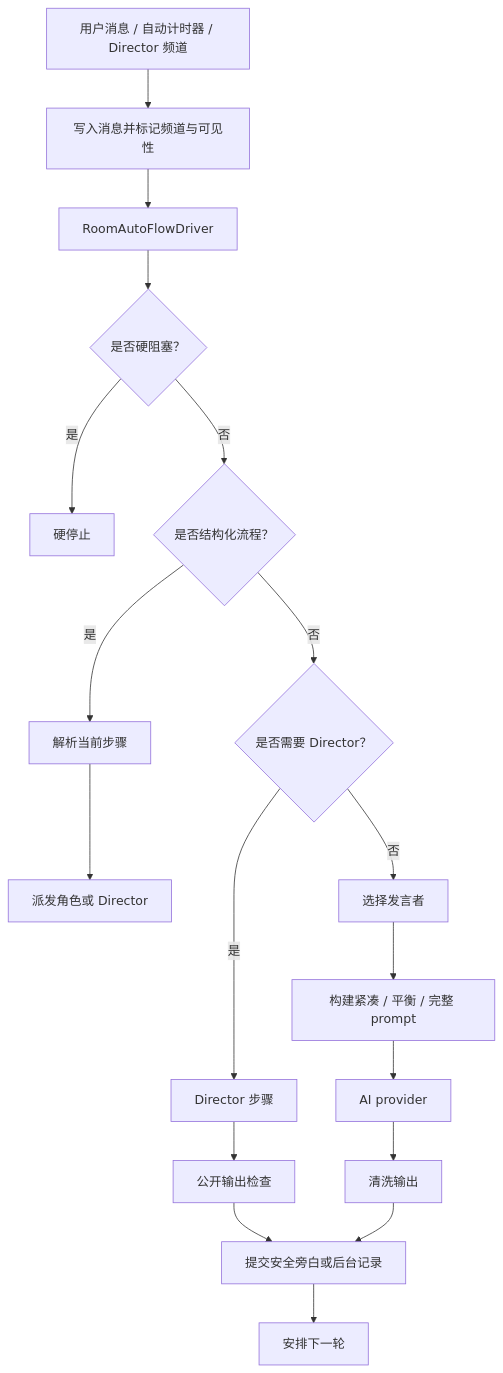
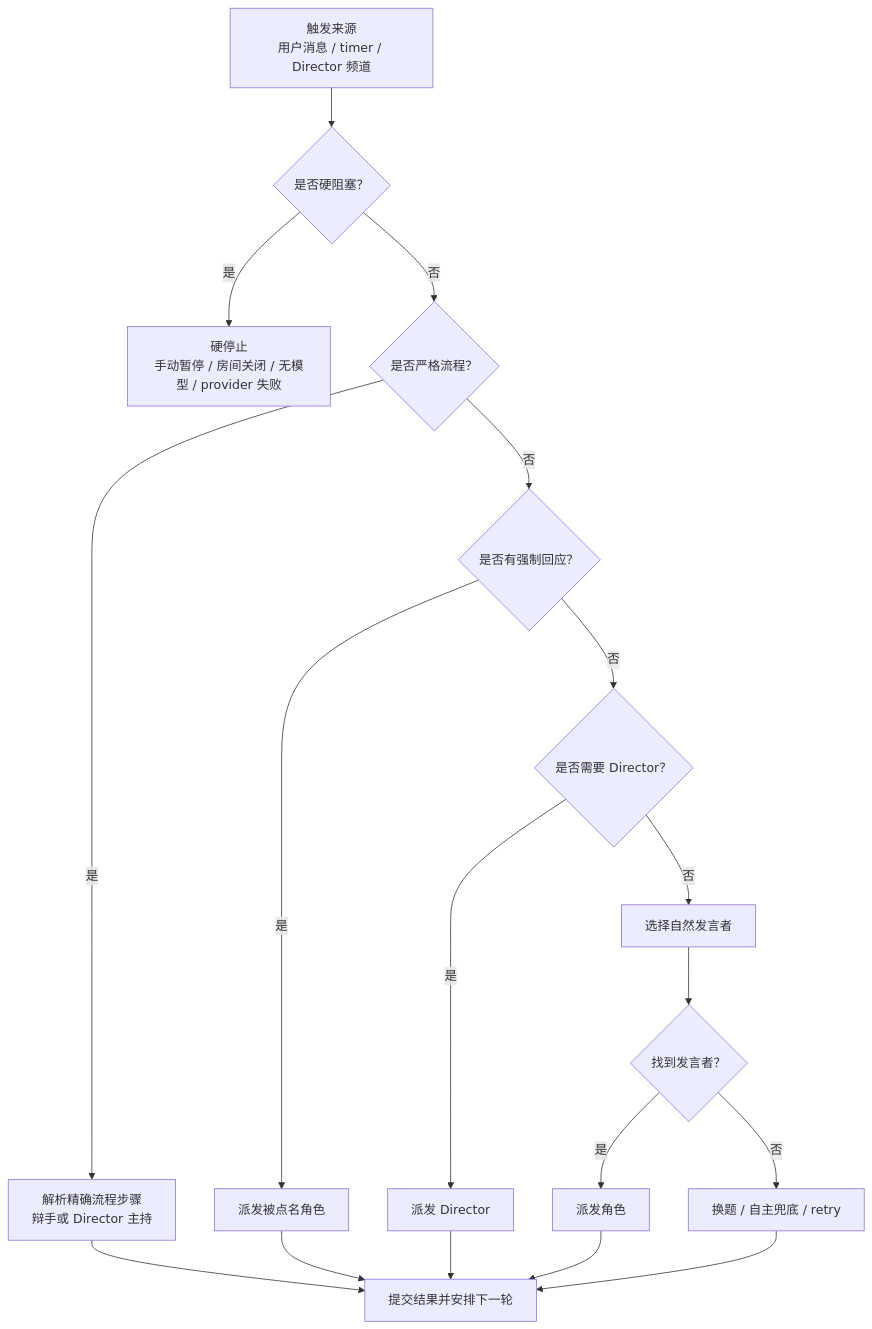
The third of 7 diagrams in docs/architecture-zh.md (98k4jd2qgt-ship-it/CastRoom-AI), drawn with Mermaid before and after one commit. The commit also changed other lines of this file and 1 other file, not shown here.

Commit message:
docs: refine architecture documentation

````diff
--- a/docs/architecture-zh.md
+++ b/docs/architecture-zh.md
@@ -28,20 +72,20 @@
 ```mermaid
 flowchart TD
-  trigger["用户消息 / 自动计时器 / Director 频道"] --> commit["写入消息并标记频道与可见性"]
-  commit --> driver["RoomAutoFlowDriver"]
-  driver --> hard{"是否硬阻塞？"}
-  hard -->|是| stop["硬停止"]
-  hard -->|否| structured{"是否结构化流程？"}
-  structured -->|是| step["解析当前步骤"]
-  structured -->|否| directorNeed{"是否需要 Director？"}
-  directorNeed -->|是| directorStep["Director 步骤"]
-  directorNeed -->|否| speaker["选择发言者"]
-  step --> dispatch["派发角色或 Director"]
-  directorStep --> gate["公开输出检查"]
-  speaker --> prompt["构建紧凑 / 平衡 / 完整 prompt"]
-  gate --> timeline["提交安全旁白或后台记录"]
-  prompt --> provider["AI provider"]
-  provider --> clean["清洗输出"]
-  clean --> timeline
-  timeline --> next["安排下一轮"]
+  start["触发来源<br/>用户消息 / timer / Director 频道"] --> hard{"是否硬阻塞？"}
+  hard -->|是| stop["硬停止<br/>手动暂停 / 房间关闭 / 无模型 / provider 失败"]
+  hard -->|否| strict{"是否严格流程？"}
+  strict -->|是| strictStep["解析精确流程步骤<br/>辩手或 Director 主持"]
+  strict -->|否| forced{"是否有强制回应？"}
+  forced -->|是| forcedRole["派发被点名角色"]
+  forced -->|否| intervention{"是否需要 Director？"}
+  intervention -->|是| directorStep["派发 Director"]
+  intervention -->|否| natural["选择自然发言者"]
+  natural --> empty{"找到发言者？"}
+  empty -->|是| roleTurn["派发角色"]
+  empty -->|否| fallback["换题 / 自主兜底 / retry"]
+  strictStep --> result["提交结果并安排下一轮"]
+  forcedRole --> result
+  directorStep --> result
+  roleTurn --> result
+  fallback --> result
 ```
````
